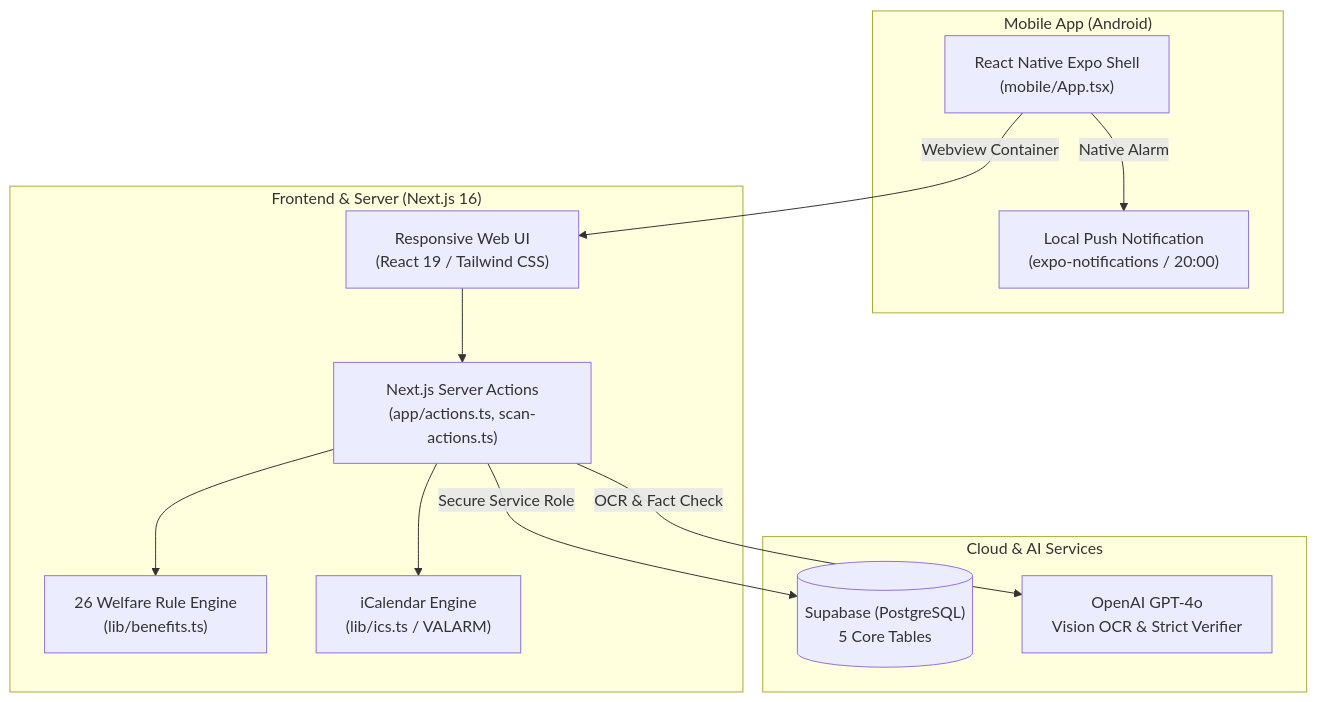
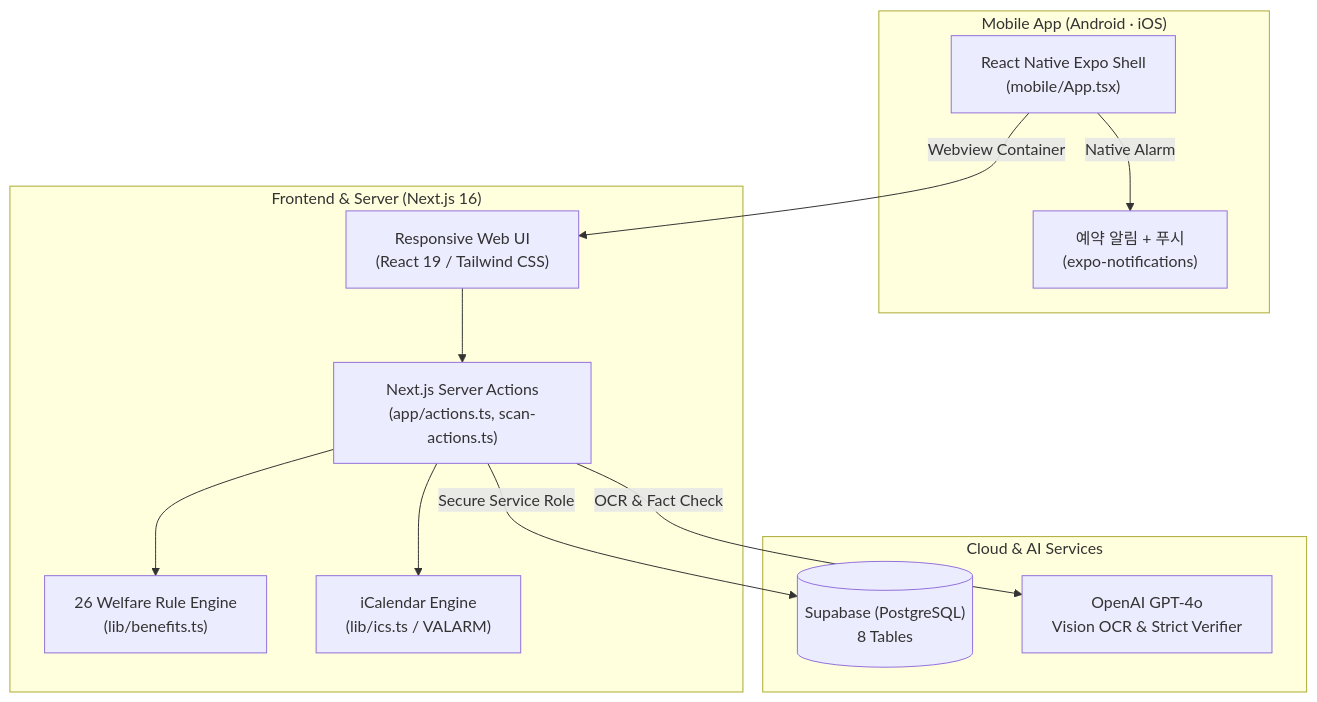
Before and after one commit to kwon-dohun/BraveCare: the diagram in README.md, drawn with Mermaid. The commit also changed other lines of this file and 12 other files, not shown here.

````diff
--- a/README.md
+++ b/README.md
@@ -64,27 +72,27 @@
 ```mermaid
 flowchart TD
-    subgraph Mobile ["Mobile App (Android)"]
+    subgraph Mobile ["Mobile App (Android · iOS)"]
         ExpoApp["React Native Expo Shell\n(mobile/App.tsx)"]
-        PushNotification["Local Push Notification\n(expo-notifications / 20:00)"]
+        PushNotification["예약 알림 + 푸시\n(expo-notifications)"]
     end
 
     subgraph Web ["Frontend & Server (Next.js 16)"]
         WebViewUI["Responsive Web UI\n(React 19 / Tailwind CSS)"]
         ServerActions["Next.js Server Actions\n(app/actions.ts, scan-actions.ts)"]
         WelfareEngine["26 Welfare Rule Engine\n(lib/benefits.ts)"]
         ICSGenerator["iCalendar Engine\n(lib/ics.ts / VALARM)"]
     end
 
     subgraph External ["Cloud & AI Services"]
-        Supabase[("Supabase (PostgreSQL)\n5 Core Tables")]
+        Supabase[("Supabase (PostgreSQL)\n8 Tables")]
         OpenAI["OpenAI GPT-4o\nVision OCR & Strict Verifier"]
     end
 
     ExpoApp -->|Webview Container| WebViewUI
     ExpoApp -->|Native Alarm| PushNotification
     WebViewUI --> ServerActions
     ServerActions --> WelfareEngine
     ServerActions --> ICSGenerator
     ServerActions -->|Secure Service Role| Supabase
     ServerActions -->|OCR & Fact Check| OpenAI
 ```
````
